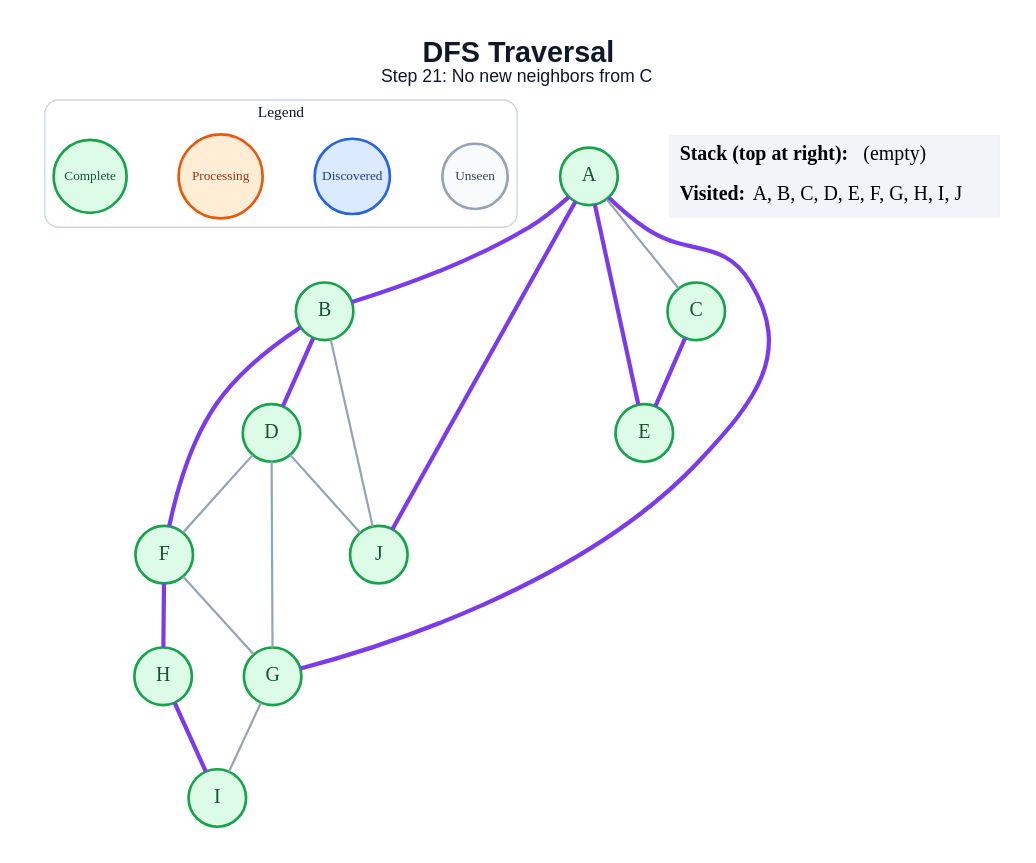
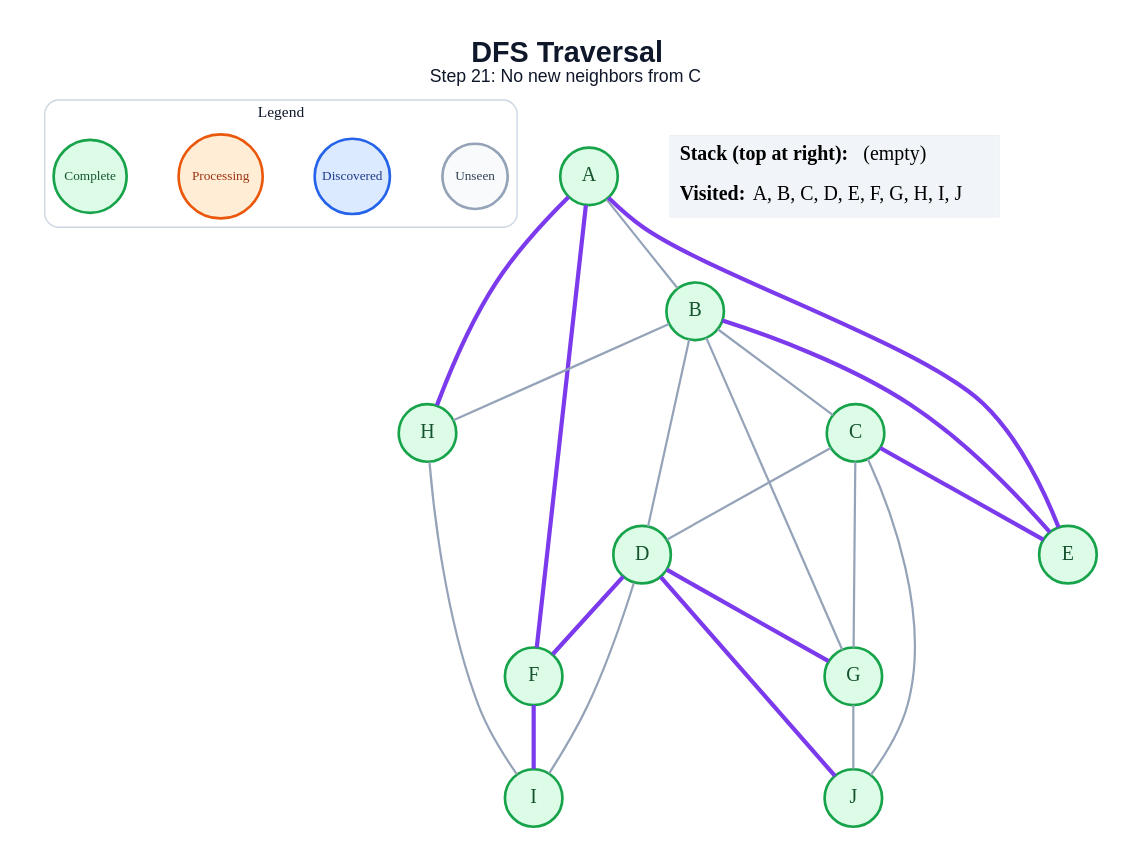
Before and after one commit to anon7238593-create/ai-slop: the diagram in generated/specific-node/dfs/step_21.dot, drawn with Graphviz. The commit also changed 171 other files, not shown here.

```diff
--- a/generated/specific-node/dfs/step_21.dot
+++ b/generated/specific-node/dfs/step_21.dot
@@ -1,45 +1,49 @@
 graph traversal {
   graph [layout=dot, rankdir=TB, bgcolor="#FFFFFF", pad="0.35", nodesep="0.65", ranksep="0.8", fontname="Arial"];
   node [shape=circle, style="filled", fontname="Arial Bold", fontsize=18, width=0.72, fixedsize=true, penwidth=2.4];
   edge [color="#94A3B8", penwidth=2.0];
   label=<<B>DFS Traversal</B><BR/><FONT POINT-SIZE="16">Step 21: No new neighbors from C</FONT>>; labelloc="t"; fontsize=26; fontname="Arial"; fontcolor="#0F172A";
   subgraph cluster_legend { label="Legend"; color="#CBD5E1"; penwidth=1.2; style="rounded"; fontsize=14; fontname="Arial Bold";
     key_unseen [label="Unseen", fillcolor="#F8FAFC", color="#94A3B8", fontcolor="#334155", fontsize=12, width=0.82];
     key_frontier [label="Discovered", fillcolor="#DBEAFE", color="#2563EB", fontcolor="#1E3A8A", fontsize=12, width=0.95];
     key_current [label="Processing", fillcolor="#FFEDD5", color="#EA580C", fontcolor="#9A3412", fontsize=12, width=1.05];
     key_done [label="Complete", fillcolor="#DCFCE7", color="#16A34A", fontcolor="#14532D", fontsize=12, width=0.92];
     { rank=same; key_unseen; key_frontier; key_current; key_done; }
   }
   A [fillcolor="#DCFCE7", color="#16A34A", fontcolor="#14532D"];
   B [fillcolor="#DCFCE7", color="#16A34A", fontcolor="#14532D"];
   C [fillcolor="#DCFCE7", color="#16A34A", fontcolor="#14532D"];
   D [fillcolor="#DCFCE7", color="#16A34A", fontcolor="#14532D"];
   E [fillcolor="#DCFCE7", color="#16A34A", fontcolor="#14532D"];
   F [fillcolor="#DCFCE7", color="#16A34A", fontcolor="#14532D"];
   G [fillcolor="#DCFCE7", color="#16A34A", fontcolor="#14532D"];
   H [fillcolor="#DCFCE7", color="#16A34A", fontcolor="#14532D"];
   I [fillcolor="#DCFCE7", color="#16A34A", fontcolor="#14532D"];
   J [fillcolor="#DCFCE7", color="#16A34A", fontcolor="#14532D"];
-  A -- B [color="#7C3AED", penwidth=3.8];
-  A -- C;
+  A -- B;
   A -- E [color="#7C3AED", penwidth=3.8];
-  A -- G [color="#7C3AED", penwidth=3.8];
-  A -- J [color="#7C3AED", penwidth=3.8];
-  B -- D [color="#7C3AED", penwidth=3.8];
-  B -- F [color="#7C3AED", penwidth=3.8];
-  B -- J;
+  A -- F [color="#7C3AED", penwidth=3.8];
+  A -- H [color="#7C3AED", penwidth=3.8];
+  B -- C;
+  B -- D;
+  B -- E [color="#7C3AED", penwidth=3.8];
+  B -- G;
+  B -- H;
+  C -- D;
   C -- E [color="#7C3AED", penwidth=3.8];
-  D -- F;
-  D -- G;
-  D -- J;
-  F -- G;
-  F -- H [color="#7C3AED", penwidth=3.8];
-  G -- I;
-  H -- I [color="#7C3AED", penwidth=3.8];
+  C -- G;
+  C -- J;
+  D -- F [color="#7C3AED", penwidth=3.8];
+  D -- G [color="#7C3AED", penwidth=3.8];
+  D -- I;
+  D -- J [color="#7C3AED", penwidth=3.8];
+  F -- I [color="#7C3AED", penwidth=3.8];
+  G -- J;
+  H -- I;
   status [shape=plain, fixedsize=false, width=0, height=0, margin=0, label=<
     <TABLE BORDER="0" CELLBORDER="0" CELLPADDING="7" BGCOLOR="#F1F5F9">
       <TR><TD ALIGN="LEFT"><B>Stack (top at right):</B> (empty)</TD></TR>
       <TR><TD ALIGN="LEFT"><B>Visited:</B> A, B, C, D, E, F, G, H, I, J</TD></TR>
     </TABLE>
   >];
 }
```
